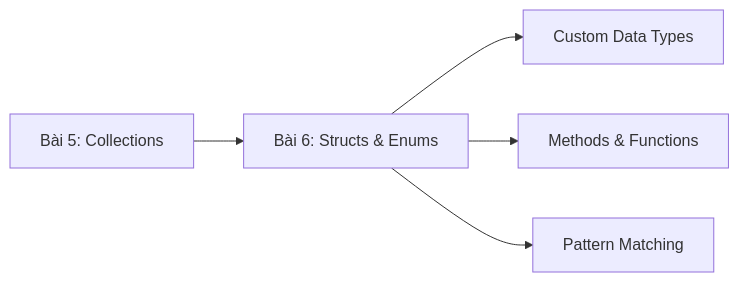
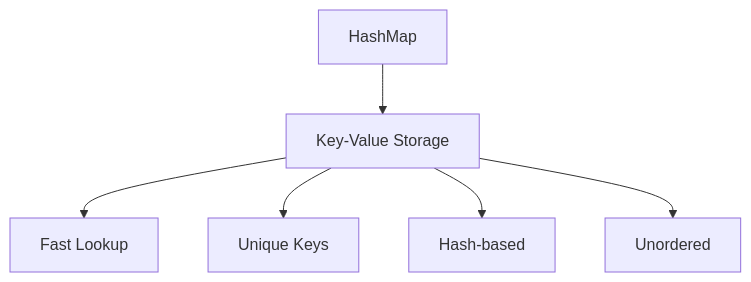
One commit to khieu-dv/vievlog changed the fourth of 5 diagrams in src/content/soft-skills/rust/bai-5.mdx. Above: the diagram before and after it, drawn with Mermaid. The commit also changed other lines of this file and 7 other files, not shown here.

````diff
--- a/src/content/soft-skills/rust/bai-5.mdx
+++ b/src/content/soft-skills/rust/bai-5.mdx
@@ -473,7 +190,8 @@
 ```mermaid
-graph LR
-    A[Bài 5: Collections] --> B[Bài 6: Structs & Enums]
-    B --> C[Custom Data Types]
-    B --> D[Methods & Functions]
-    B --> E[Pattern Matching]
+graph TD
+    A[HashMap] --> B[Key-Value Storage]
+    B --> C[Fast Lookup]
+    B --> D[Unique Keys]
+    B --> E[Hash-based]
+    B --> F[Unordered]
 ```
````
